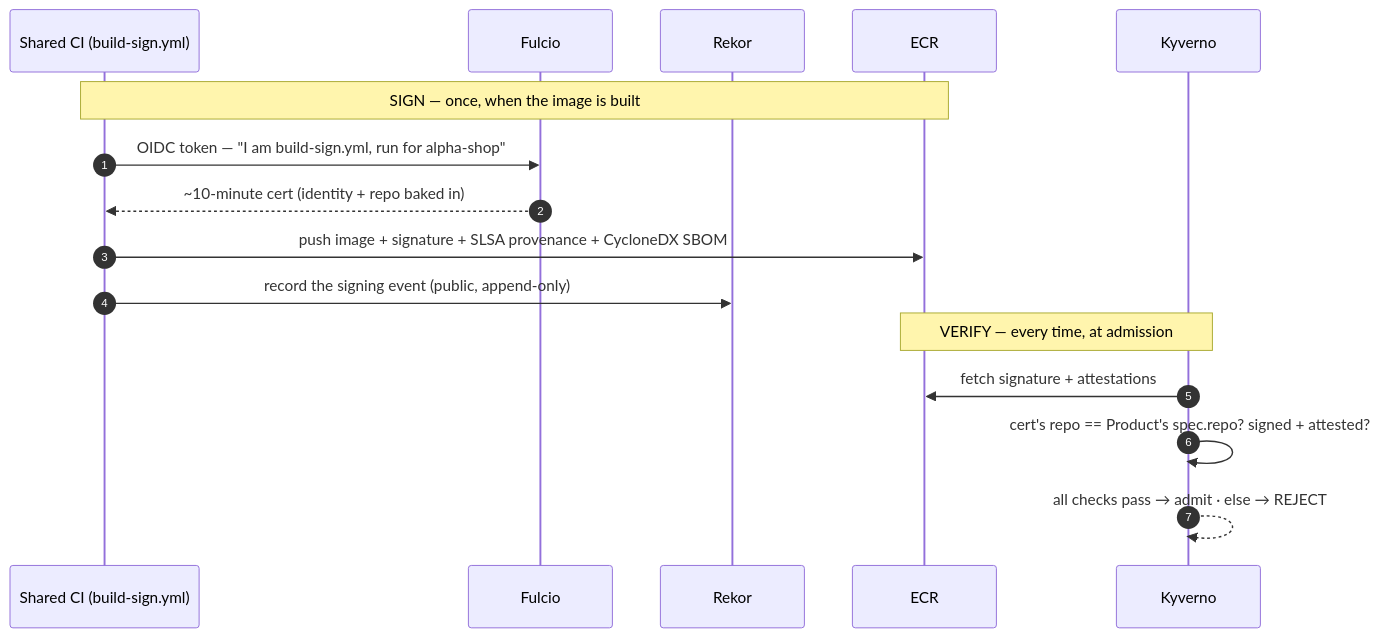
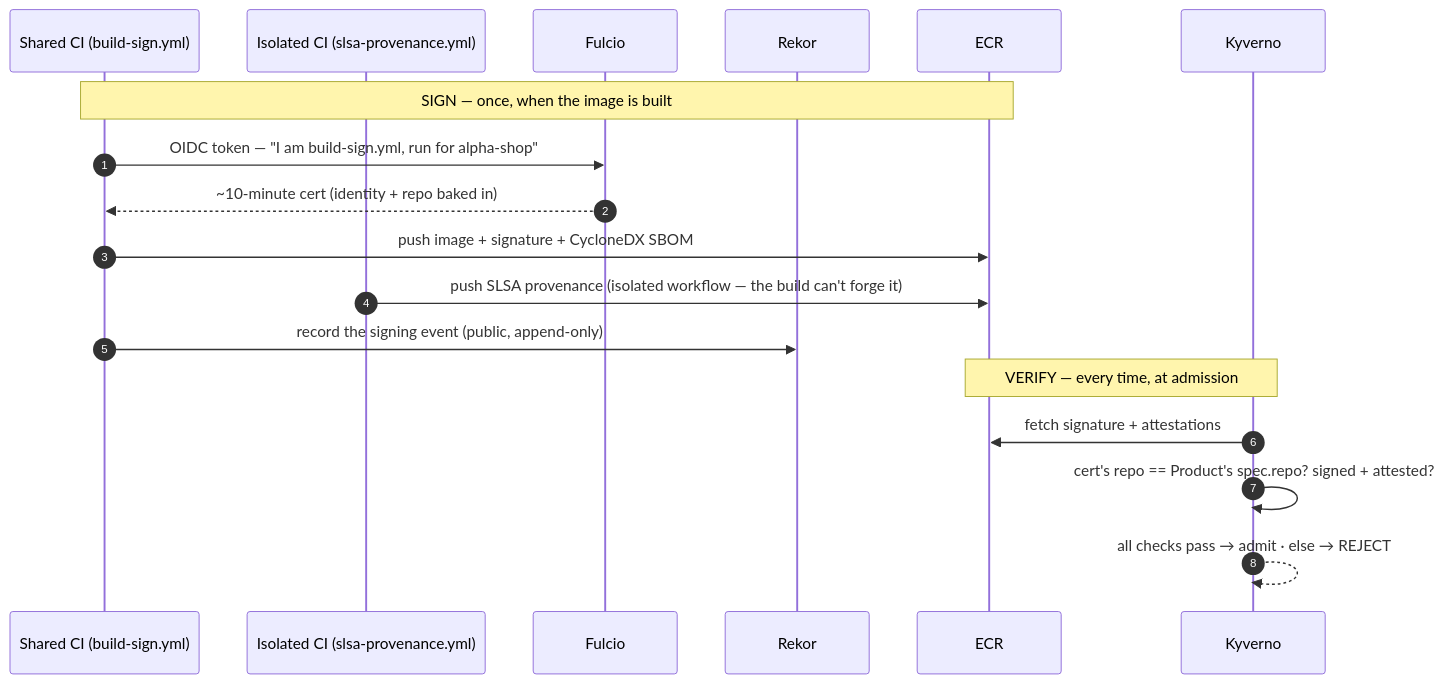
The diagram in docs/learn/supply-chain/orientation.md (asanexample/platform), drawn with Mermaid before and after one commit. The commit also changed other lines of this file and 22 other files, not shown here.

````diff
--- a/docs/learn/supply-chain/orientation.md
+++ b/docs/learn/supply-chain/orientation.md
@@ -164,20 +164,22 @@
 ```mermaid
 sequenceDiagram
     autonumber
     participant CI as Shared CI (build-sign.yml)
+    participant SLSA as Isolated CI (slsa-provenance.yml)
     participant Fulcio
     participant Rekor
     participant ECR
     participant Kyverno
 
     Note over CI,ECR: SIGN — once, when the image is built
     CI->>Fulcio: OIDC token — "I am build-sign.yml, run for alpha-shop"
     Fulcio-->>CI: ~10-minute cert (identity + repo baked in)
-    CI->>ECR: push image + signature + SLSA provenance + CycloneDX SBOM
+    CI->>ECR: push image + signature + CycloneDX SBOM
+    SLSA->>ECR: push SLSA provenance (isolated workflow — the build can't forge it)
     CI->>Rekor: record the signing event (public, append-only)
 
     Note over ECR,Kyverno: VERIFY — every time, at admission
     Kyverno->>ECR: fetch signature + attestations
     Kyverno->>Kyverno: cert's repo == Product's spec.repo? signed + attested?
     Kyverno-->>Kyverno: all checks pass → admit · else → REJECT
 ```
````
